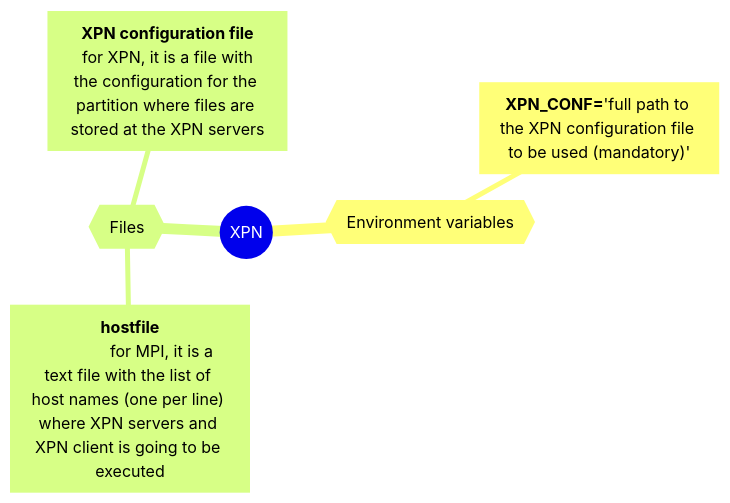
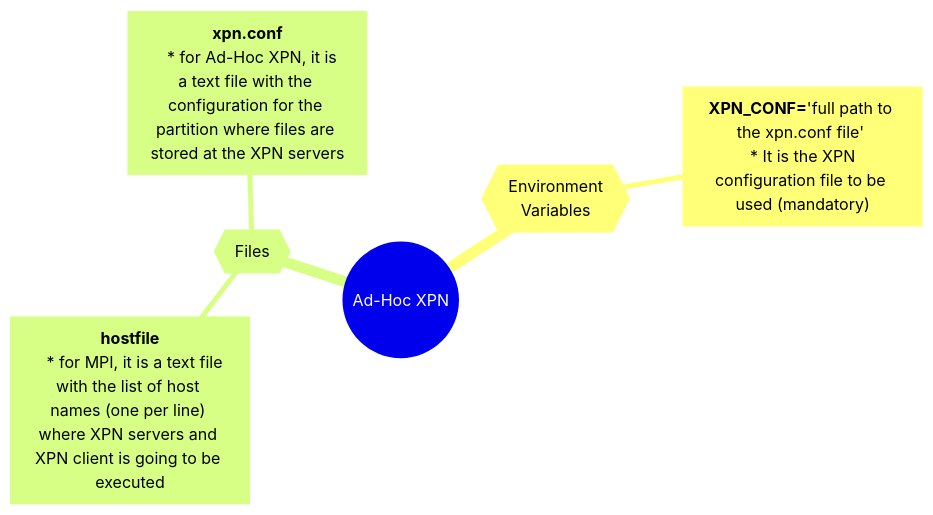
One commit to xpn-arcos/xpn changed the second of 4 diagrams in README.md. Above: the diagram before and after it, drawn with Mermaid. The commit also changed other lines of this file, not shown here.

````diff
--- a/README.md
+++ b/README.md
@@ -144,10 +144,10 @@
   ```mermaid
   %%{ init : { "theme" : "default", "themeVariables" : { "background" : "#000" }}}%%
   mindmap
-  root((XPN))
-    {{Environment variables}}
-        ["`**XPN_CONF=**'full path to the XPN configuration file to be used (mandatory)'`"]
+  root(("Ad-Hoc XPN"))
+    {{Environment<br> Variables}}
+        ["`**XPN_CONF=**'full path to the xpn.conf file' <br> \* It is the XPN configuration file to be used (mandatory)`"]
     {{Files}}
-        ["`**hostfile**</br>               for MPI, it is a text file with the list of host names (one per line) where XPN servers and XPN client is going to be executed`"]
-        ["`**XPN configuration file**</br> for XPN, it is a file with the configuration for the partition where files are stored at the XPN servers`"]
+        ["`**hostfile**</br>   \* for MPI, it is a text file with the list of host names (one per line) where XPN servers and XPN client is going to be executed`"]
+        ["`**xpn.conf**</br>   \* for Ad-Hoc XPN, it is a text file with the configuration for the partition where files are stored at the XPN servers`"]
 ```
````
